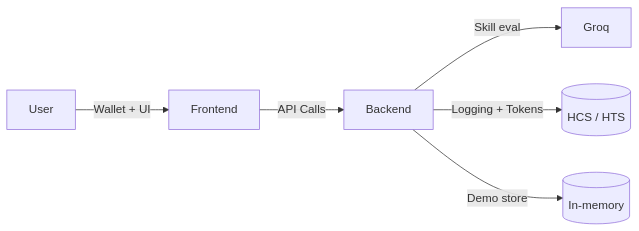
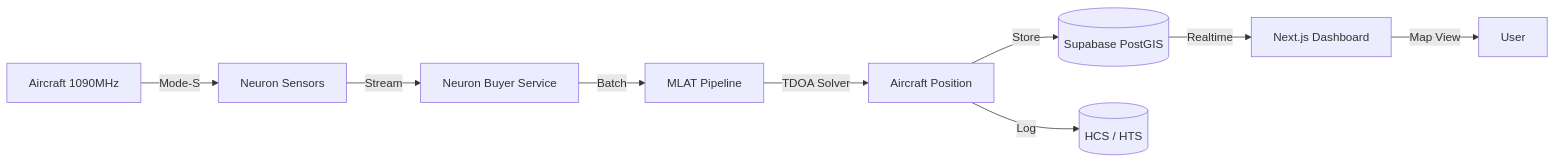
One commit to austinLorenzMccoy/SynapseWorth- changed the diagram in README.md. Above: the diagram before and after it, drawn with Mermaid. The commit also changed other lines of this file and 20 other files, not shown here.

First line of the commit message:
feat: Complete AircraftWorth MLAT system for Neuron bounty

````diff
--- a/README.md
+++ b/README.md
@@ -17,8 +17,11 @@
 ```mermaid
 graph LR
-    User -->|Wallet + UI| Frontend
-    Frontend -->|API Calls| Backend
-    Backend -->|Skill eval| Groq
-    Backend -->|Logging + Tokens| Hedera[(HCS / HTS)]
-    Backend -->|Demo store| EvalStore[(In-memory)]
+    Aircraft[Aircraft 1090MHz] -->|Mode-S| Neuron[Neuron Sensors]
+    Neuron -->|Stream| Buyer[Neuron Buyer Service]
+    Buyer -->|Batch| MLAT[MLAT Pipeline]
+    MLAT -->|TDOA Solver| Position[Aircraft Position]
+    Position -->|Store| Supabase[(Supabase PostGIS)]
+    Position -->|Log| Hedera[(HCS / HTS)]
+    Supabase -->|Realtime| Frontend[Next.js Dashboard]
+    Frontend -->|Map View| User
 ```
````
